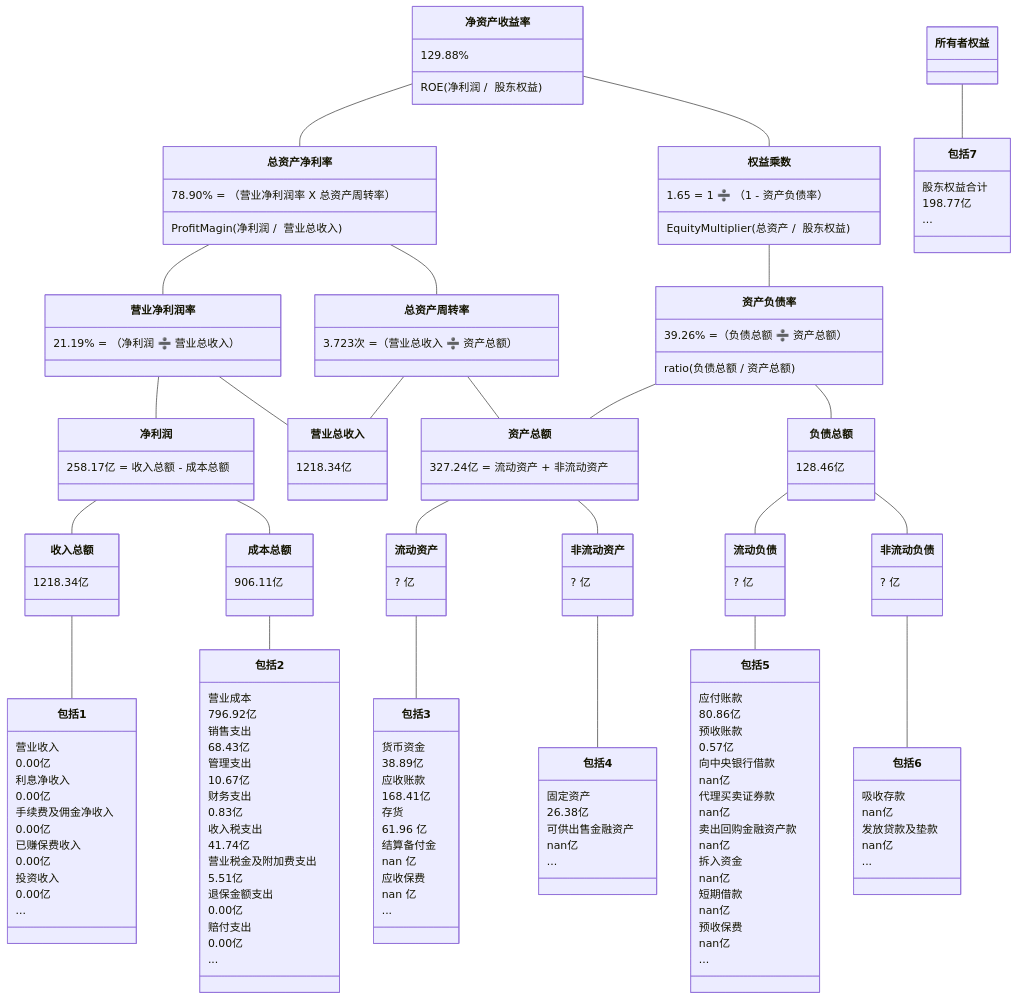
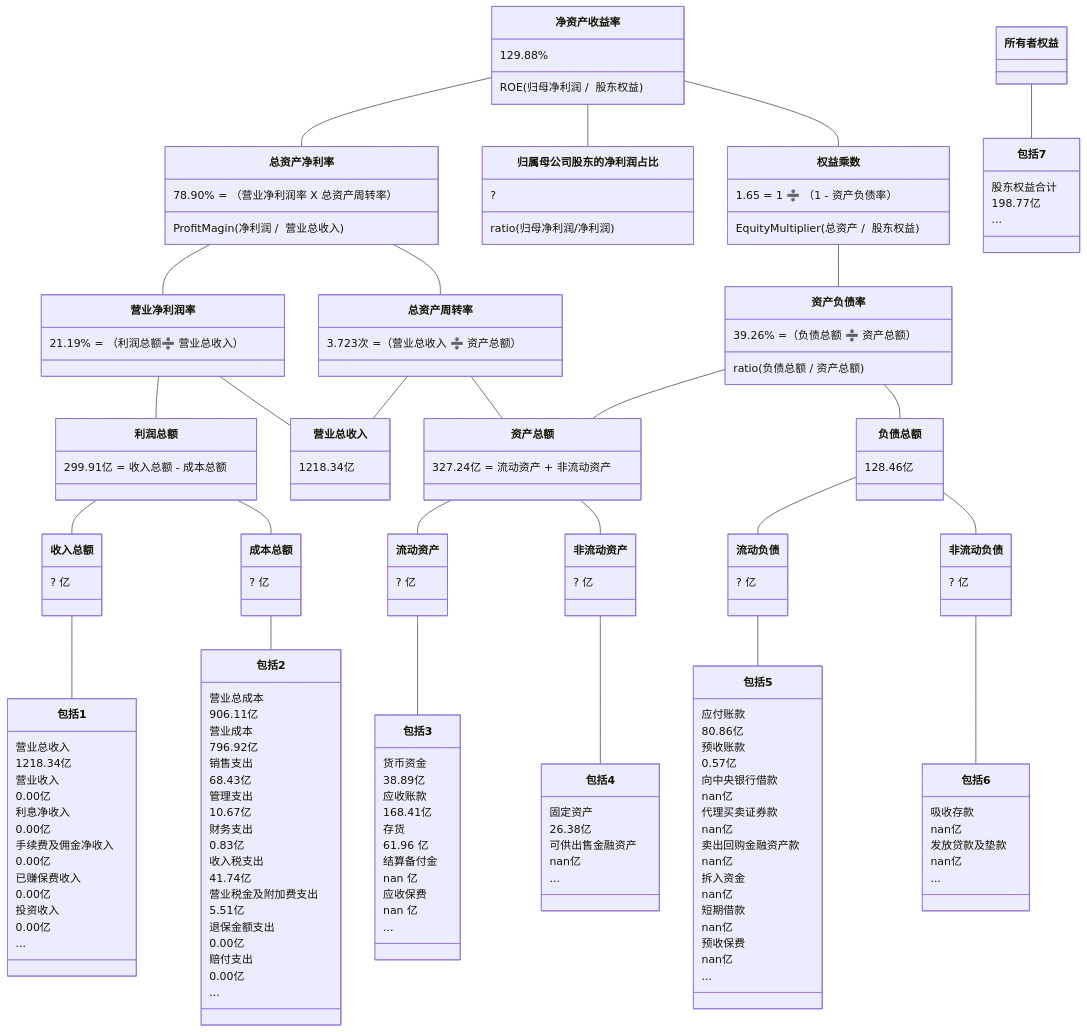
One commit to TheVeryDarkness/cs410 changed the ninth of 10 diagrams in 2/2.md. Above: the diagram before and after it, drawn with Mermaid. The commit also changed other lines of this file and 55 other files, not shown here.

```diff
--- a/2/2.md
+++ b/2/2.md
@@ -997,23 +1053,26 @@
 classDiagram
 净资产收益率 -- 总资产净利率
     净资产收益率 : 129.88%
-    净资产收益率 : ROE(净利润 /  股东权益)
+    净资产收益率 : ROE(归母净利润 /  股东权益)
     总资产净利率 : 78.90% = （营业净利润率 X 总资产周转率）
     总资产净利率 : ProfitMagin(净利润 /  营业总收入)
+净资产收益率 -- 归属母公司股东的净利润占比
+	归属母公司股东的净利润占比 : ?
+	归属母公司股东的净利润占比 : ratio(归母净利润/净利润)
 净资产收益率 -- 权益乘数
     权益乘数 : 1.65 = 1 ➗ （1 - 资产负债率）
     权益乘数 : EquityMultiplier(总资产 /  股东权益)
     
 总资产净利率 -- 营业净利润率
-    营业净利润率 : 21.19% = （净利润 ➗ 营业总收入）
+    营业净利润率 : 21.19% = （利润总额➗ 营业总收入）
 总资产净利率 -- 总资产周转率
     总资产周转率 : 3.723次 =（营业总收入 ➗ 资产总额）
 权益乘数 -- 资产负债率
     资产负债率  : 39.26% =（负债总额 ➗ 资产总额）
     资产负债率  : ratio(负债总额 / 资产总额)
 
-营业净利润率 -- 净利润
-    净利润 : 258.17亿 = 收入总额 - 成本总额
+营业净利润率 -- 利润总额
+   利润总额 : 299.91亿 = 收入总额 - 成本总额
 营业净利润率 -- 营业总收入
     营业总收入 : 1218.34亿
 总资产周转率 -- 营业总收入
@@ -1024,10 +1083,10 @@
 资产负债率 -- 　资产总额
 
 
-净利润 -- 收入总额
-    收入总额 : 1218.34亿
-净利润 -- 成本总额
-    成本总额 : 906.11亿
+利润总额 -- 收入总额
+    收入总额 : ? 亿
+利润总额 -- 成本总额
+    成本总额 : ? 亿
 资产总额 -- 流动资产
 	流动资产 : ? 亿
 资产总额 -- 非流动资产
@@ -1038,6 +1097,8 @@
 	非流动负债 : ? 亿
 
 收入总额 -- 包括1
+    包括1 : 营业总收入
+    包括1 : 1218.34亿
     包括1 : 营业收入
     包括1 : 0.00亿
     包括1 : 利息净收入
@@ -1050,6 +1111,8 @@
     包括1 : 0.00亿
     包括1 : ...
 成本总额 -- 包括2
+    包括2 : 营业总成本
+    包括2 : 906.11亿
     包括2 : 营业成本
     包括2 : 796.92亿
     包括2 : 销售支出
```
